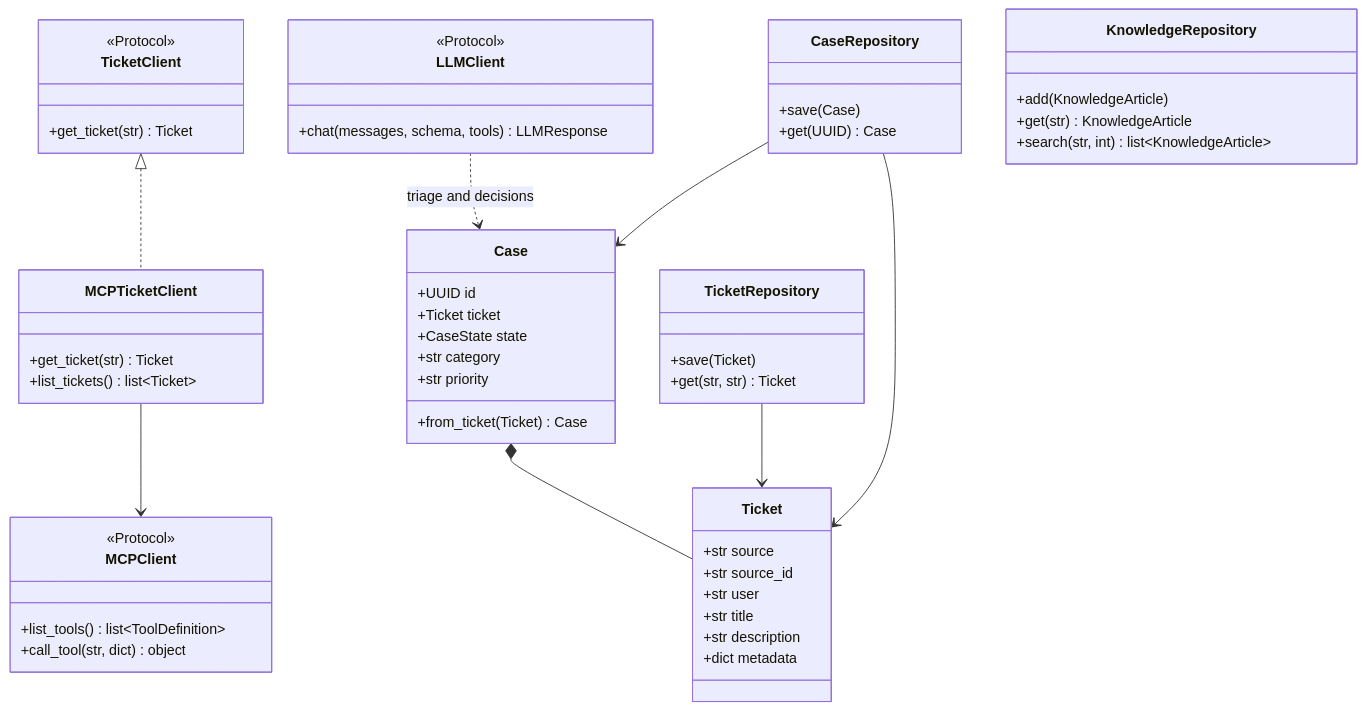
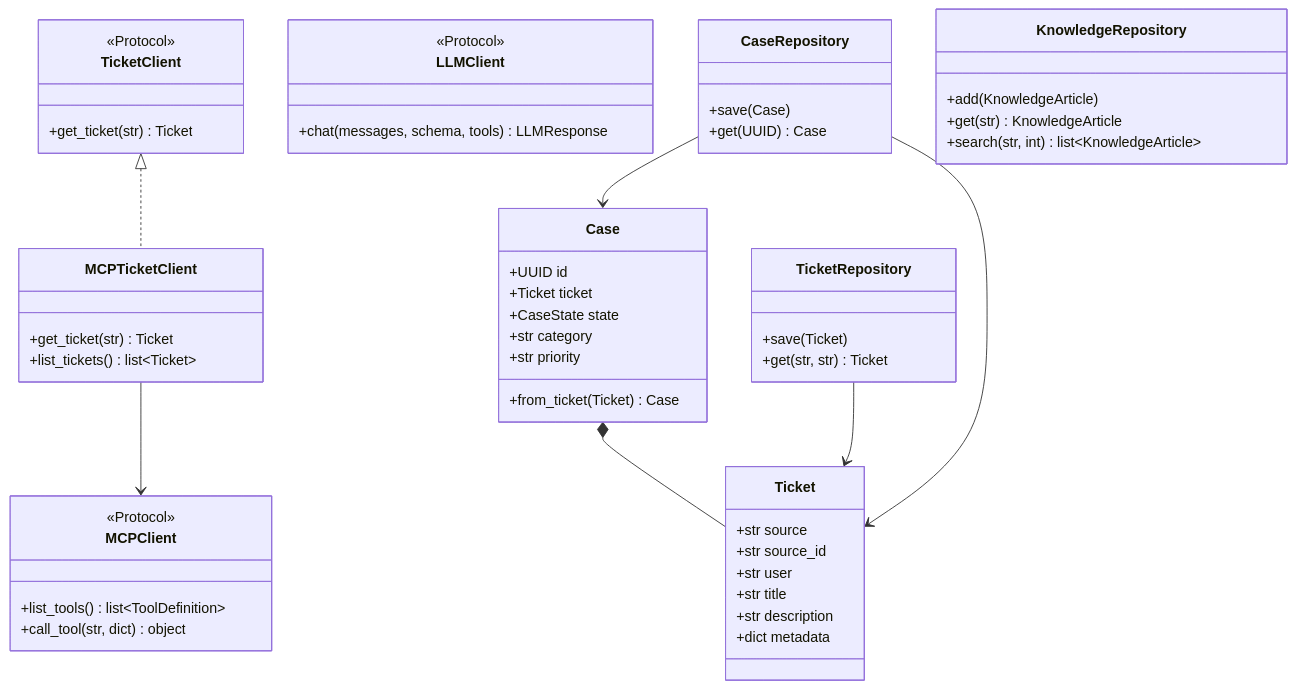
One commit to rddwnn/l1-support-agent changed the second of 6 diagrams in docs/architecture.md. Above: the diagram before and after it, drawn with Mermaid. The commit also changed 4 other files, not shown here.

````diff
--- a/docs/architecture.md
+++ b/docs/architecture.md
@@ -73,57 +73,56 @@
 ```mermaid
 classDiagram
     class Ticket {
         +str source
         +str source_id
         +str user
         +str title
         +str description
         +dict metadata
     }
     class Case {
         +UUID id
         +Ticket ticket
         +CaseState state
         +str category
         +str priority
         +from_ticket(Ticket) Case
     }
     class TicketClient {
         <<Protocol>>
         +get_ticket(str) Ticket
     }
     class MCPTicketClient {
         +get_ticket(str) Ticket
         +list_tickets() list~Ticket~
     }
     class MCPClient {
         <<Protocol>>
         +list_tools() list~ToolDefinition~
         +call_tool(str, dict) object
     }
     class LLMClient {
         <<Protocol>>
         +chat(messages, schema, tools) LLMResponse
     }
     class TicketRepository {
         +save(Ticket)
         +get(str, str) Ticket
     }
     class CaseRepository {
         +save(Case)
         +get(UUID) Case
     }
     class KnowledgeRepository {
         +add(KnowledgeArticle)
         +get(str) KnowledgeArticle
         +search(str, int) list~KnowledgeArticle~
     }
 
     Case *-- Ticket
     TicketClient <|.. MCPTicketClient
     MCPTicketClient --> MCPClient
     TicketRepository --> Ticket
     CaseRepository --> Case
     CaseRepository --> Ticket
-    LLMClient ..> Case : triage and decisions
 ```
````
